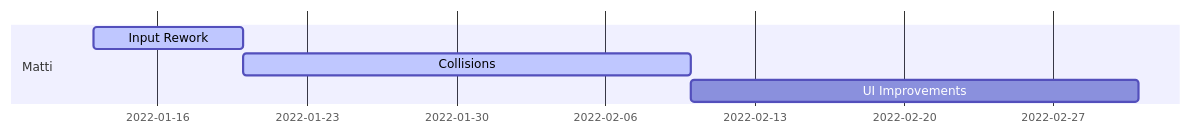
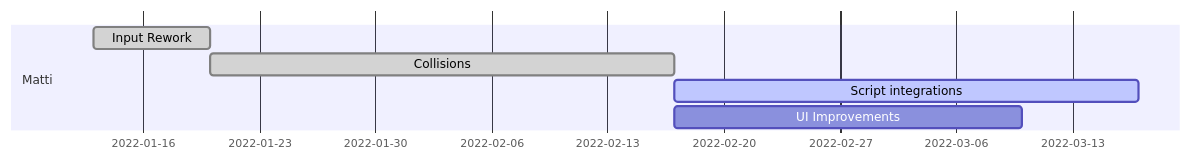
Before and after one commit to IlkkaTakala/Eril-Engine: the third of 3 diagrams in docs/ProjectPlan.md, drawn with Mermaid. The commit also changed other lines of this file and 1 other file, not shown here.

````diff
--- a/docs/ProjectPlan.md
+++ b/docs/ProjectPlan.md
@@ -80,9 +83,10 @@
 ```mermaid
 gantt
 dateFormat  DD-MM
 
 section Matti
-Input Rework           :active,    mdes3, 13-01, 1w
-Collisions             :active,    mdes1, after mdes3, 3w
-UI Improvements        :           mdes2, after mdes1, 3w
+Input Rework           :done,       mdes3, 13-01, 1w
+Collisions             :done,       mdes1, after mdes3, 4w
+Script integrations    :active,     mdes4, after mdes1, 4w
+UI Improvements        :            mdes2, after mdes1, 3w
 ```
````
